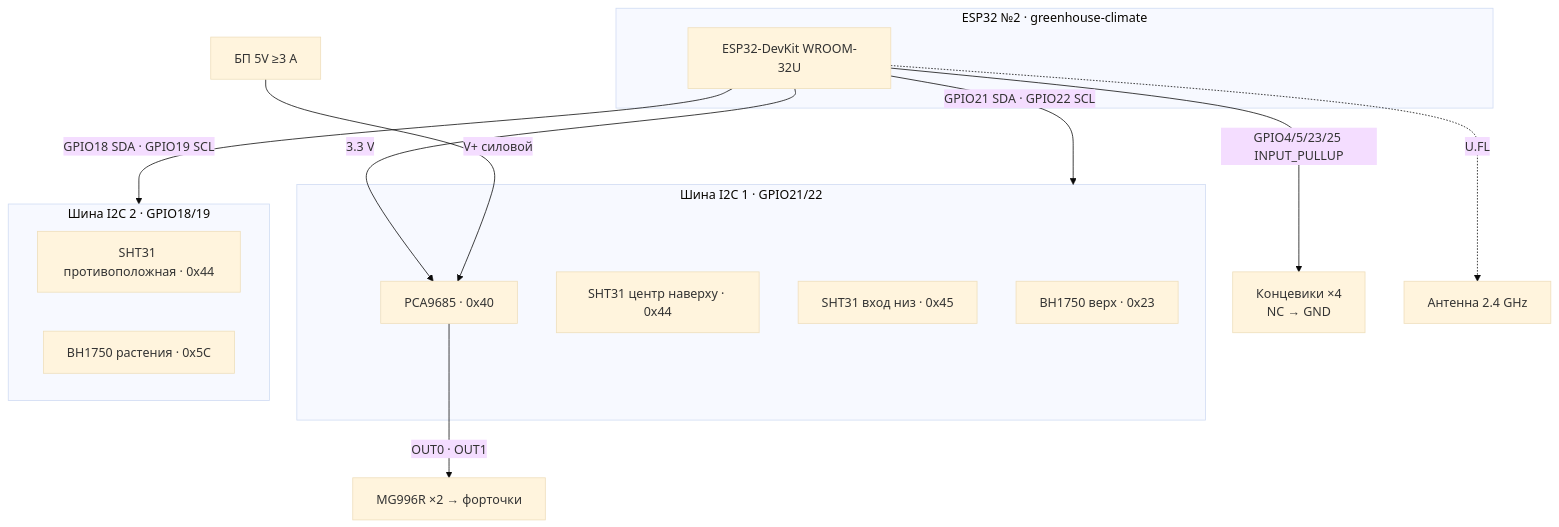
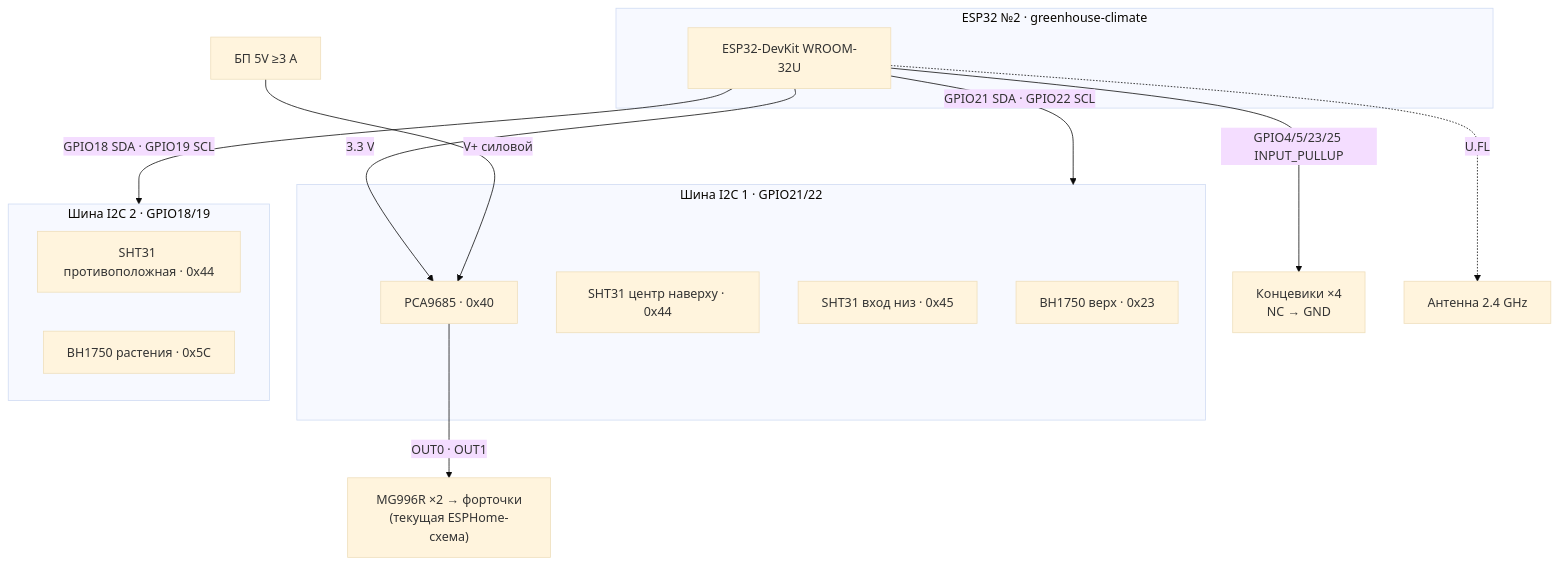
The second of 6 diagrams in docs/04-esp32-and-cabinet.md (TiunovNN/smart-greenhouse), drawn with Mermaid (base theme) before and after one commit. The commit also changed other lines of this file and 8 other files, not shown here.

````diff
--- a/docs/04-esp32-and-cabinet.md
+++ b/docs/04-esp32-and-cabinet.md
@@ -205,27 +206,27 @@
 ```mermaid
 flowchart TB
   subgraph esp2["ESP32 №2 · greenhouse-climate"]
     E2["ESP32-DevKit WROOM-32U"]
   end
 
   E2 -->|"GPIO21 SDA · GPIO22 SCL"| BUS1
   E2 -->|"GPIO18 SDA · GPIO19 SCL"| BUS2
   E2 -->|"GPIO4/5/23/25 INPUT_PULLUP"| LIM["Концевики ×4<br/>NC → GND"]
   E2 -->|"3.3 V"| PCA
   E2 -.->|"U.FL"| ANT2["Антенна 2.4 GHz"]
 
   subgraph BUS1["Шина I2C 1 · GPIO21/22"]
     SHT_TOP["SHT31 центр наверху · 0x44"]
     SHT_ENT["SHT31 вход низ · 0x45"]
     BH_TOP["BH1750 верх · 0x23"]
     PCA["PCA9685 · 0x40"]
   end
 
   subgraph BUS2["Шина I2C 2 · GPIO18/19"]
     SHT_OPP["SHT31 противоположная · 0x44"]
     BH_PL["BH1750 растения · 0x5C"]
   end
 
   PWR_SVC["БП 5V ≥3 A"] -->|"V+ силовой"| PCA
-  PCA -->|"OUT0 · OUT1"| SERVO["MG996R ×2 → форточки"]
+  PCA -->|"OUT0 · OUT1"| SERVO["MG996R ×2 → форточки<br/>(текущая ESPHome-схема)"]
 ```
````
